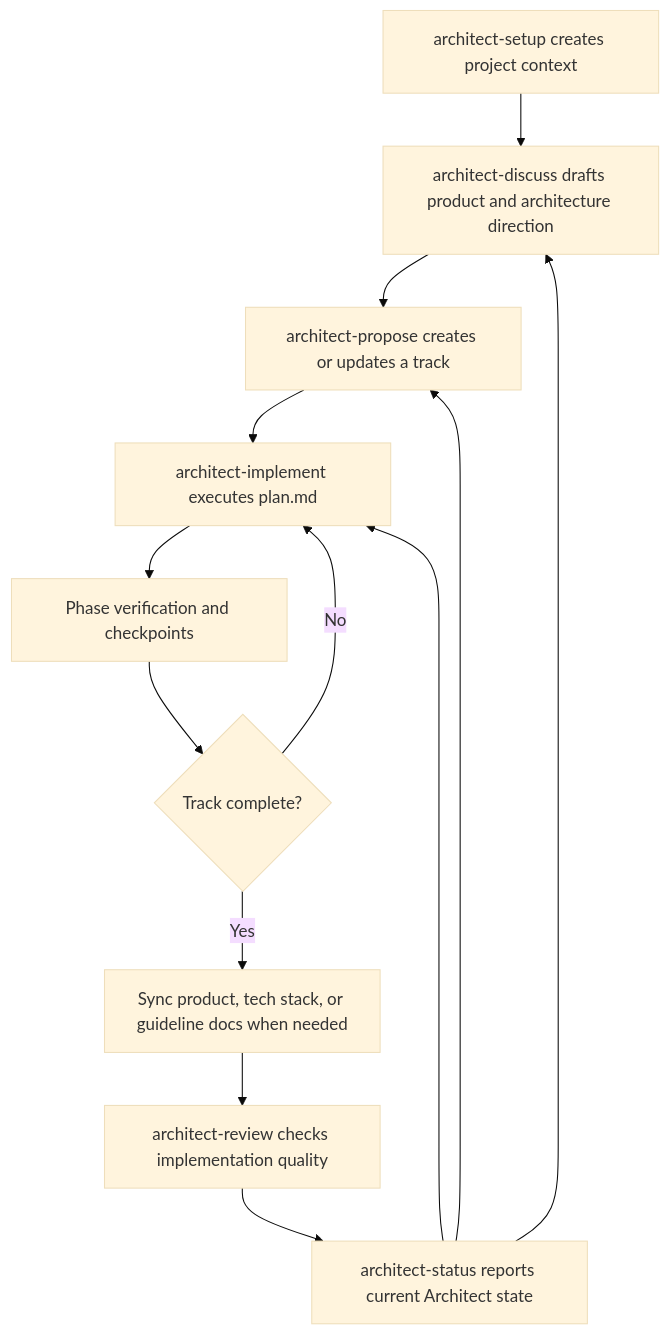
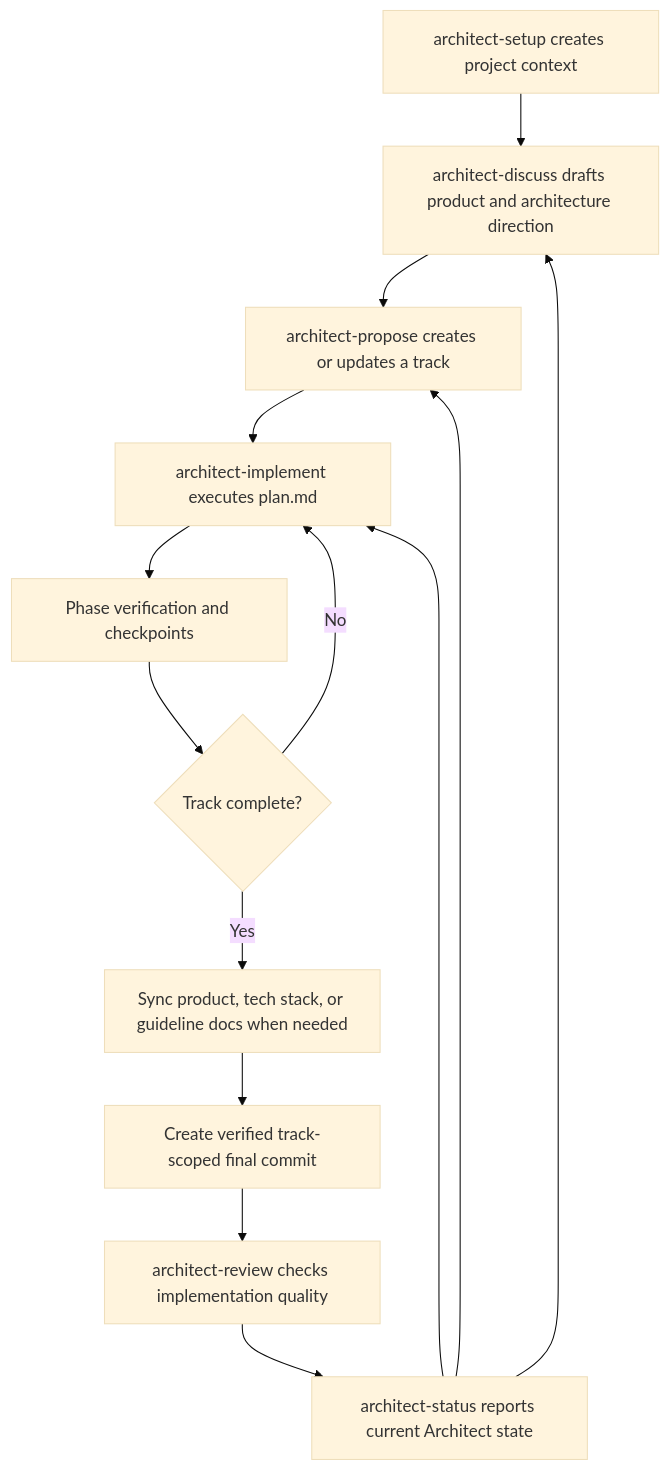
One commit to hlhr202/swe-skills changed the diagram in misc/architect/README.md. Above: the diagram before and after it, drawn with Mermaid (base theme). The commit also changed other lines of this file and 8 other files, not shown here.

Commit message:
:sparkles: feat: streamline architect implement and review

````diff
--- a/misc/architect/README.md
+++ b/misc/architect/README.md
@@ -16,16 +16,17 @@
 ```mermaid
 flowchart TD
     Setup[architect-setup creates project context] --> Discuss[architect-discuss drafts product and architecture direction]
     Discuss --> Propose[architect-propose creates or updates a track]
     Propose --> Implement[architect-implement executes plan.md]
     Implement --> Verify[Phase verification and checkpoints]
     Verify --> Complete{Track complete?}
     Complete -->|No| Implement
     Complete -->|Yes| Sync[Sync product, tech stack, or guideline docs when needed]
-    Sync --> Review[architect-review checks implementation quality]
+    Sync --> FinalCommit[Create verified track-scoped final commit]
+    FinalCommit --> Review[architect-review checks implementation quality]
     Review --> Status[architect-status reports current Architect state]
 
     Status --> Propose
     Status --> Discuss
     Status --> Implement
 ```
````
